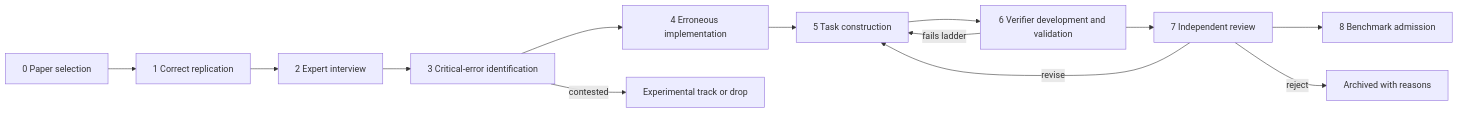
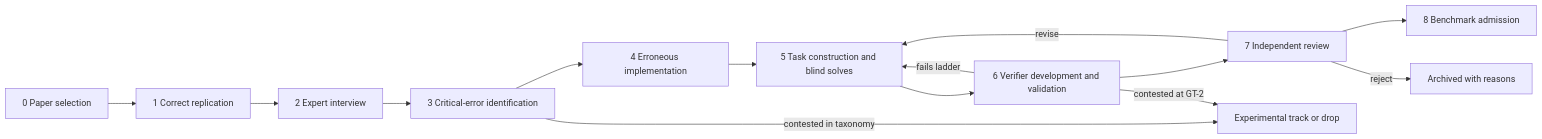
Before and after one commit to Sellyew/Deepecon-Contributtor-Guide-UI: the diagram in docs/methodology/benchmark-construction-protocol.md, drawn with Mermaid. The commit also changed other lines of this file and 9 other files, not shown here.

First line of the commit message:
Checkpoint: methodology, schema, interview and report revisions in progress

````diff
--- a/docs/methodology/benchmark-construction-protocol.md
+++ b/docs/methodology/benchmark-construction-protocol.md
@@ -35,15 +42,16 @@
 ```mermaid
 flowchart LR
   S0[0 Paper selection] --> S1[1 Correct replication]
   S1 --> S2[2 Expert interview]
   S2 --> S3[3 Critical-error identification]
   S3 --> S4[4 Erroneous implementation]
-  S4 --> S5[5 Task construction]
+  S4 --> S5[5 Task construction and blind solves]
   S5 --> S6[6 Verifier development and validation]
   S6 --> S7[7 Independent review]
   S7 --> S8[8 Benchmark admission]
   S6 -- fails ladder --> S5
   S7 -- revise --> S5
-  S3 -- contested --> X[Experimental track or drop]
+  S3 -- contested in taxonomy --> X[Experimental track or drop]
+  S6 -- contested at GT-2 --> X
   S7 -- reject --> R[Archived with reasons]
 ```
````
